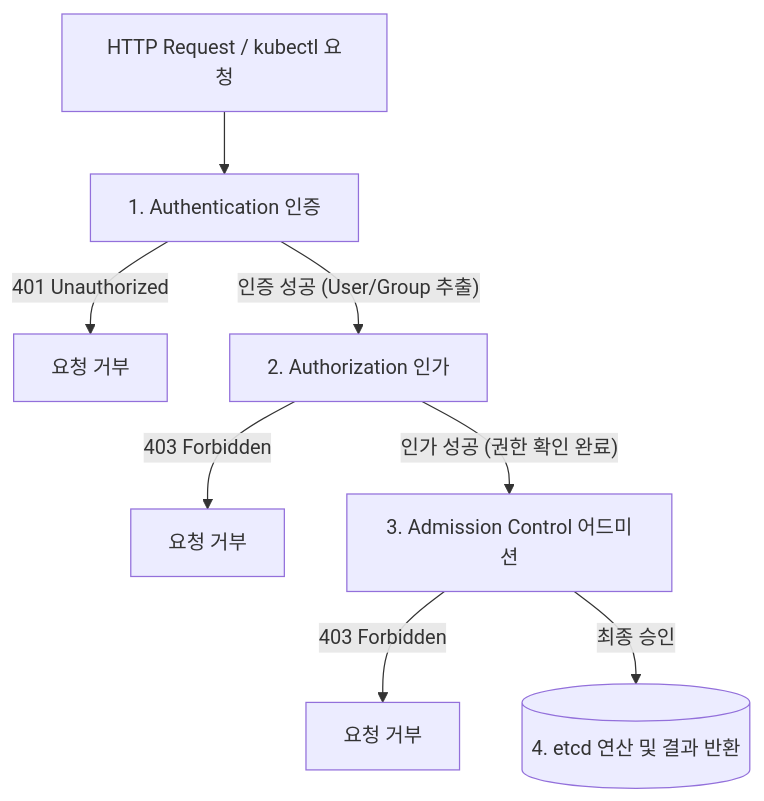
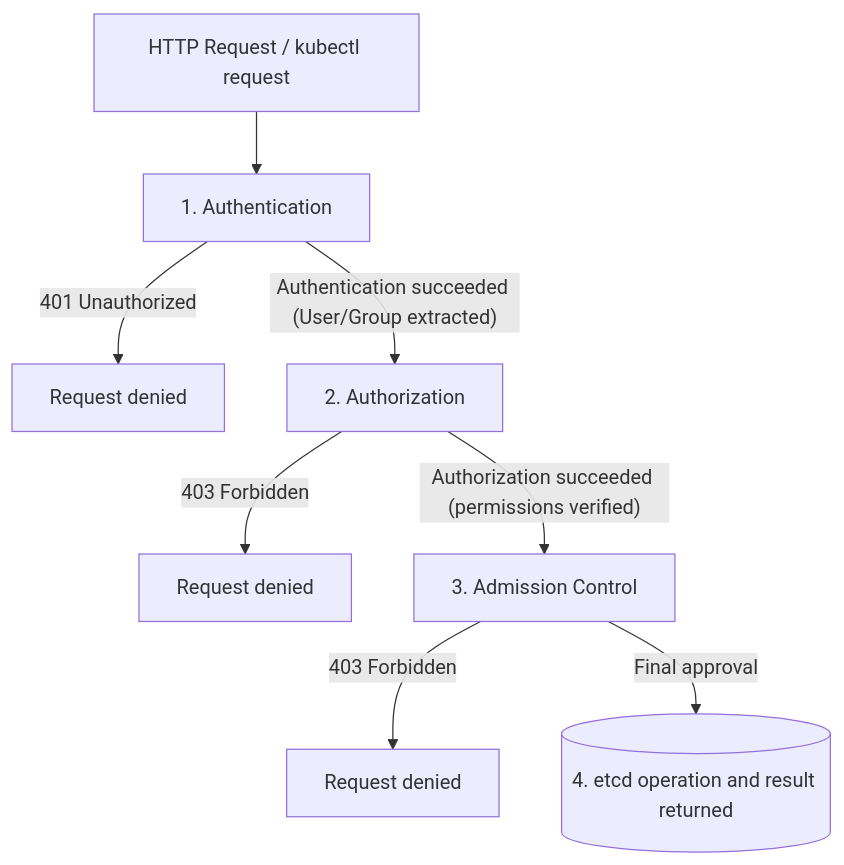
The diagram in content/security/02-architecture/20-api-server-auth-plugins.md (jeonck/k8s-adv), drawn with Mermaid before and after one commit. The commit also changed other lines of this file and 223 other files, not shown here.

````diff
--- a/content/security/02-architecture/20-api-server-auth-plugins.md
+++ b/content/security/02-architecture/20-api-server-auth-plugins.md
@@ -15,12 +15,12 @@
 ```mermaid
 flowchart TD
-    Request[HTTP Request / kubectl 요청] --> AuthN[1. Authentication 인증]
-    AuthN -- "401 Unauthorized" --> Deny1[요청 거부]
-    AuthN -- "인증 성공 (User/Group 추출)" --> AuthZ[2. Authorization 인가]
+    Request["HTTP Request / kubectl request"] --> AuthN["1. Authentication"]
+    AuthN -- "401 Unauthorized" --> Deny1[Request denied]
+    AuthN -- "Authentication succeeded (User/Group extracted)" --> AuthZ["2. Authorization"]
     
-    AuthZ -- "403 Forbidden" --> Deny2[요청 거부]
-    AuthZ -- "인가 성공 (권한 확인 완료)" --> Admission[3. Admission Control 어드미션]
+    AuthZ -- "403 Forbidden" --> Deny2[Request denied]
+    AuthZ -- "Authorization succeeded (permissions verified)" --> Admission["3. Admission Control"]
     
-    Admission -- "403 Forbidden" --> Deny3[요청 거부]
-    Admission -- "최종 승인" --> ETCD[(4. etcd 연산 및 결과 반환)]
+    Admission -- "403 Forbidden" --> Deny3[Request denied]
+    Admission -- "Final approval" --> ETCD[("4. etcd operation and result returned")]
 ```
````
